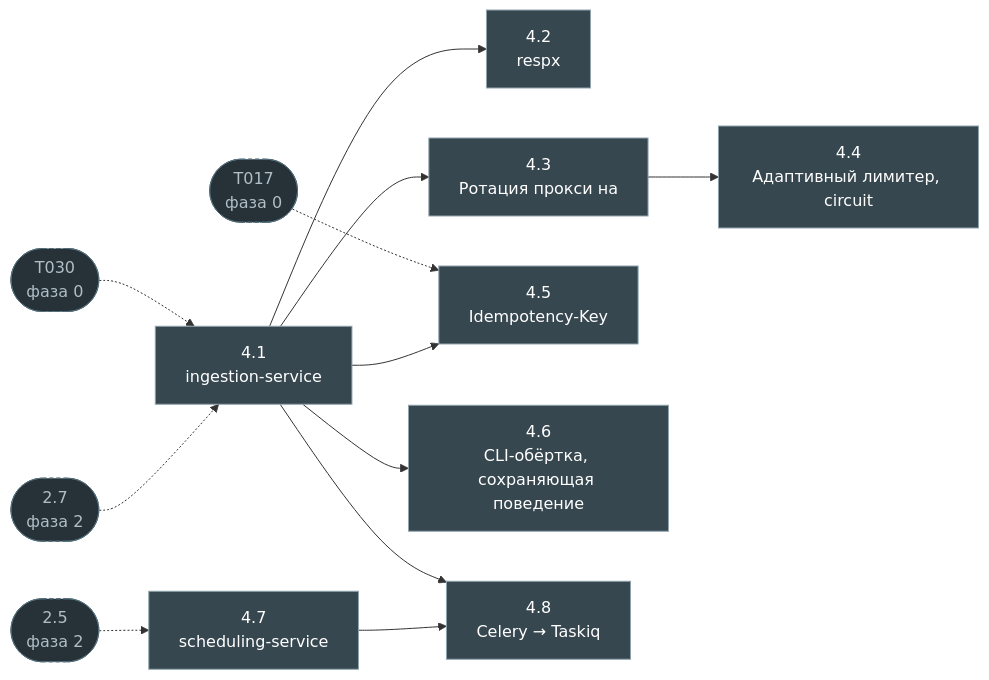
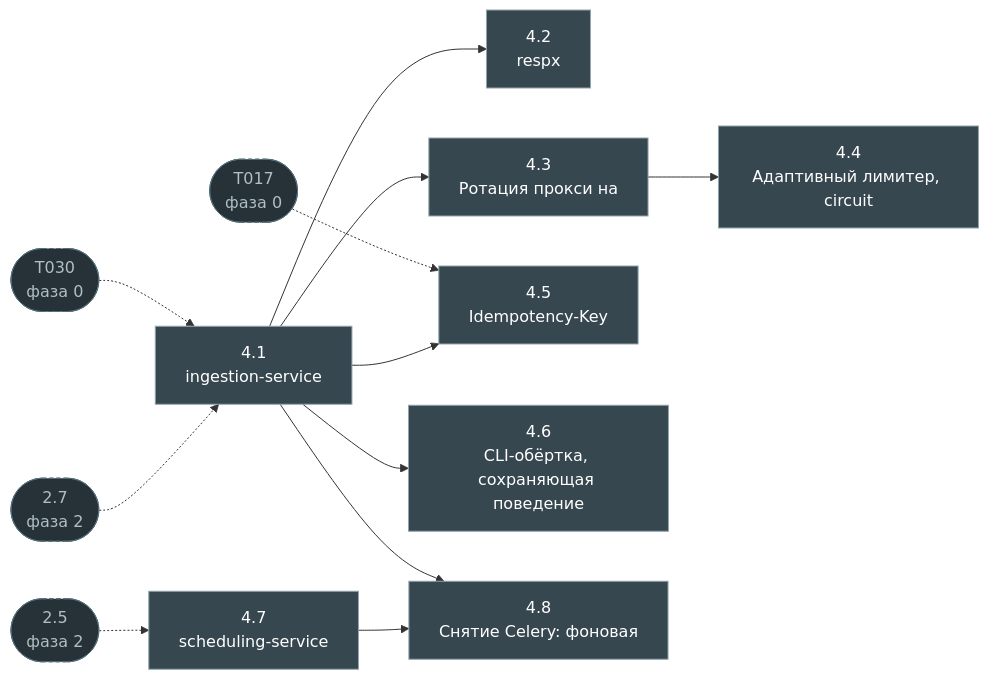
The fifth of 7 diagrams in docs/migration/09-task-graph.md (davoronov550/wb-analytics), drawn with Mermaid before and after one commit. The commit also changed 4 other files, not shown here.

````diff
--- a/docs/migration/09-task-graph.md
+++ b/docs/migration/09-task-graph.md
@@ -496,43 +496,43 @@
 ```mermaid
 graph LR
   P4_1["4.1<br/>ingestion-service"]
   P4_2["4.2<br/>respx"]
   P4_3["4.3<br/>Ротация прокси на"]
   P4_4["4.4<br/>Адаптивный лимитер, circuit"]
   P4_5["4.5<br/>Idempotency-Key"]
   P4_6["4.6<br/>CLI-обёртка, сохраняющая поведение"]
   P4_7["4.7<br/>scheduling-service"]
-  P4_8["4.8<br/>Celery → Taskiq"]
+  P4_8["4.8<br/>Снятие Celery: фоновая"]
   P2_5(["2.5<br/>фаза 2"])
   P2_7(["2.7<br/>фаза 2"])
   T017(["T017<br/>фаза 0"])
   T030(["T030<br/>фаза 0"])
   T030 -.-> P4_1
   P2_7 -.-> P4_1
   P4_1 --> P4_2
   P4_1 --> P4_3
   P4_3 --> P4_4
   T017 -.-> P4_5
   P4_1 --> P4_5
   P4_1 --> P4_6
   P2_5 -.-> P4_7
   P4_1 --> P4_8
   P4_7 --> P4_8
   class P4_1 todo;
   class P4_2 todo;
   class P4_3 todo;
   class P4_4 todo;
   class P4_5 todo;
   class P4_6 todo;
   class P4_7 todo;
   class P4_8 todo;
   class P2_5 ext;
   class P2_7 ext;
   class T017 ext;
   class T030 ext;
   classDef done fill:#1b5e20,stroke:#66bb6a,color:#fff;
   classDef wip  fill:#e65100,stroke:#ffb74d,color:#fff;
   classDef path fill:#0d47a1,stroke:#64b5f6,color:#fff;
   classDef todo fill:#37474f,stroke:#90a4ae,color:#fff;
   classDef ext  fill:#263238,stroke:#546e7a,color:#b0bec5,stroke-dasharray:4 3;
 ```
````
